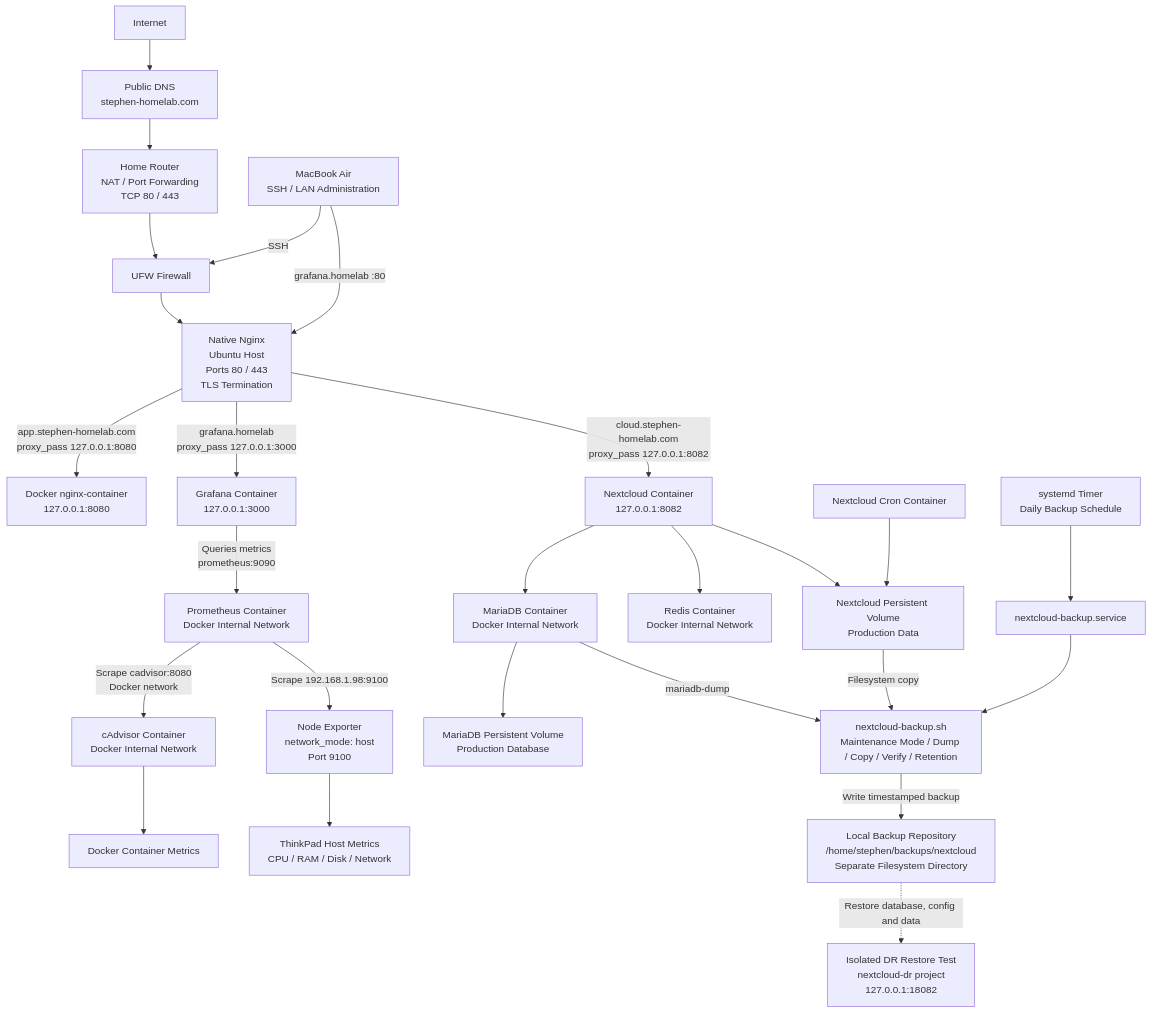
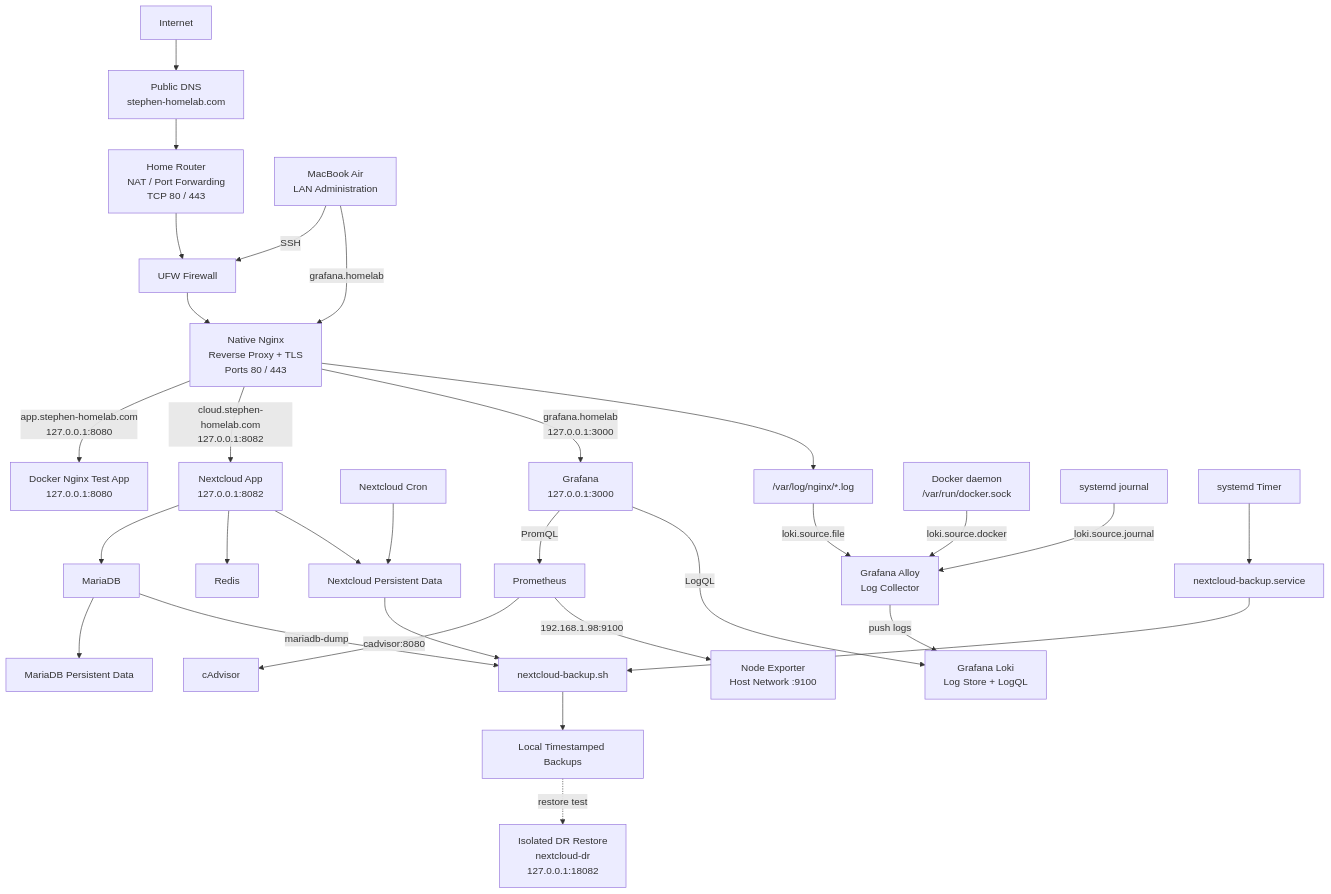
The diagram in README.md (StephG99/homelab), drawn with Mermaid before and after one commit. The commit also changed other lines of this file and 4 other files, not shown here.

````diff
--- a/README.md
+++ b/README.md
@@ -7,71 +10,65 @@
-```mermaid
+``` mermaid
 flowchart TD
-
     Internet["Internet"]
     DNS["Public DNS<br/>stephen-homelab.com"]
     Router["Home Router<br/>NAT / Port Forwarding<br/>TCP 80 / 443"]
     UFW["UFW Firewall"]
+    Mac["MacBook Air<br/>LAN Administration"]
 
-    Mac["MacBook Air<br/>SSH / LAN Administration"]
+    Nginx["Native Nginx<br/>Reverse Proxy + TLS<br/>Ports 80 / 443"]
+    App["Docker Nginx Test App<br/>127.0.0.1:8080"]
+    Nextcloud["Nextcloud App<br/>127.0.0.1:8082"]
+    MariaDB["MariaDB"]
+    Redis["Redis"]
+    Cron["Nextcloud Cron"]
+    NCData["Nextcloud Persistent Data"]
+    DBData["MariaDB Persistent Data"]
 
-    Nginx["Native Nginx<br/>Ubuntu Host<br/>Ports 80 / 443<br/>TLS Termination"]
+    Grafana["Grafana<br/>127.0.0.1:3000"]
+    Prometheus["Prometheus"]
+    Cadvisor["cAdvisor"]
+    NodeExporter["Node Exporter<br/>Host Network :9100"]
 
-    App["Docker nginx-container<br/>127.0.0.1:8080"]
-    Grafana["Grafana Container<br/>127.0.0.1:3000"]
+    NginxLogs["/var/log/nginx/*.log"]
+    DockerAPI["Docker daemon<br/>/var/run/docker.sock"]
+    Journal["systemd journal"]
+    Alloy["Grafana Alloy<br/>Log Collector"]
+    Loki["Grafana Loki<br/>Log Store + LogQL"]
 
-    Nextcloud["Nextcloud Container<br/>127.0.0.1:8082"]
-    MariaDB["MariaDB Container<br/>Docker Internal Network"]
-    Redis["Redis Container<br/>Docker Internal Network"]
-    Cron["Nextcloud Cron Container"]
+    BackupTimer["systemd Timer"]
+    BackupService["nextcloud-backup.service"]
+    BackupScript["nextcloud-backup.sh"]
+    LocalBackup["Local Timestamped Backups"]
+    DR["Isolated DR Restore<br/>nextcloud-dr<br/>127.0.0.1:18082"]
 
-    NCData["Nextcloud Persistent Volume<br/>Production Data"]
-    DBData["MariaDB Persistent Volume<br/>Production Database"]
+    Internet --> DNS --> Router --> UFW --> Nginx
+    Mac -->|"SSH"| UFW
+    Mac -->|"grafana.homelab"| Nginx
 
-    BackupTimer["systemd Timer<br/>Daily Backup Schedule"]
-    BackupService["nextcloud-backup.service"]
-    BackupScript["nextcloud-backup.sh<br/>Maintenance Mode / Dump / Copy / Verify / Retention"]
-    LocalBackup["Local Backup Repository<br/>/home/stephen/backups/nextcloud<br/>Separate Filesystem Directory"]
-    DR["Isolated DR Restore Test<br/>nextcloud-dr project<br/>127.0.0.1:18082"]
-
-    Prometheus["Prometheus Container<br/>Docker Internal Network"]
-    Cadvisor["cAdvisor Container<br/>Docker Internal Network"]
-    NodeExporter["Node Exporter<br/>network_mode: host<br/>Port 9100"]
-
-    ContainerMetrics["Docker Container Metrics"]
-    HostMetrics["ThinkPad Host Metrics<br/>CPU / RAM / Disk / Network"]
-
-    Internet --> DNS
-    DNS --> Router
-    Router --> UFW
-    UFW --> Nginx
-
-    Mac -->|"SSH"| UFW
-    Mac -->|"grafana.homelab :80"| Nginx
-
-    Nginx -->|"app.stephen-homelab.com<br/>proxy_pass 127.0.0.1:8080"| App
-    Nginx -->|"grafana.homelab<br/>proxy_pass 127.0.0.1:3000"| Grafana
-    Nginx -->|"cloud.stephen-homelab.com<br/>proxy_pass 127.0.0.1:8082"| Nextcloud
+    Nginx -->|"app.stephen-homelab.com<br/>127.0.0.1:8080"| App
+    Nginx -->|"cloud.stephen-homelab.com<br/>127.0.0.1:8082"| Nextcloud
+    Nginx -->|"grafana.homelab<br/>127.0.0.1:3000"| Grafana
 
     Nextcloud --> MariaDB
     Nextcloud --> Redis
+    Cron --> NCData
     Nextcloud --> NCData
-    Cron --> NCData
     MariaDB --> DBData
 
-    BackupTimer --> BackupService
-    BackupService --> BackupScript
+    Grafana -->|"PromQL"| Prometheus
+    Prometheus -->|"cadvisor:8080"| Cadvisor
+    Prometheus -->|"192.168.1.98:9100"| NodeExporter
 
-    NCData -->|"Filesystem copy"| BackupScript
+    Nginx --> NginxLogs
+    NginxLogs -->|"loki.source.file"| Alloy
+    DockerAPI -->|"loki.source.docker"| Alloy
+    Journal -->|"loki.source.journal"| Alloy
+    Alloy -->|"push logs"| Loki
+    Grafana -->|"LogQL"| Loki
+
+    BackupTimer --> BackupService --> BackupScript
+    NCData --> BackupScript
     MariaDB -->|"mariadb-dump"| BackupScript
-    BackupScript -->|"Write timestamped backup"| LocalBackup
-
-    LocalBackup -.->|"Restore database, config and data"| DR
-
-    Grafana -->|"Queries metrics<br/>prometheus:9090"| Prometheus
-
-    Prometheus -->|"Scrape cadvisor:8080<br/>Docker network"| Cadvisor
-    Prometheus -->|"Scrape 192.168.1.98:9100"| NodeExporter
-
-    Cadvisor --> ContainerMetrics
-    NodeExporter --> HostMetrics
+    BackupScript --> LocalBackup
+    LocalBackup -.->|"restore test"| DR
 ```
````
